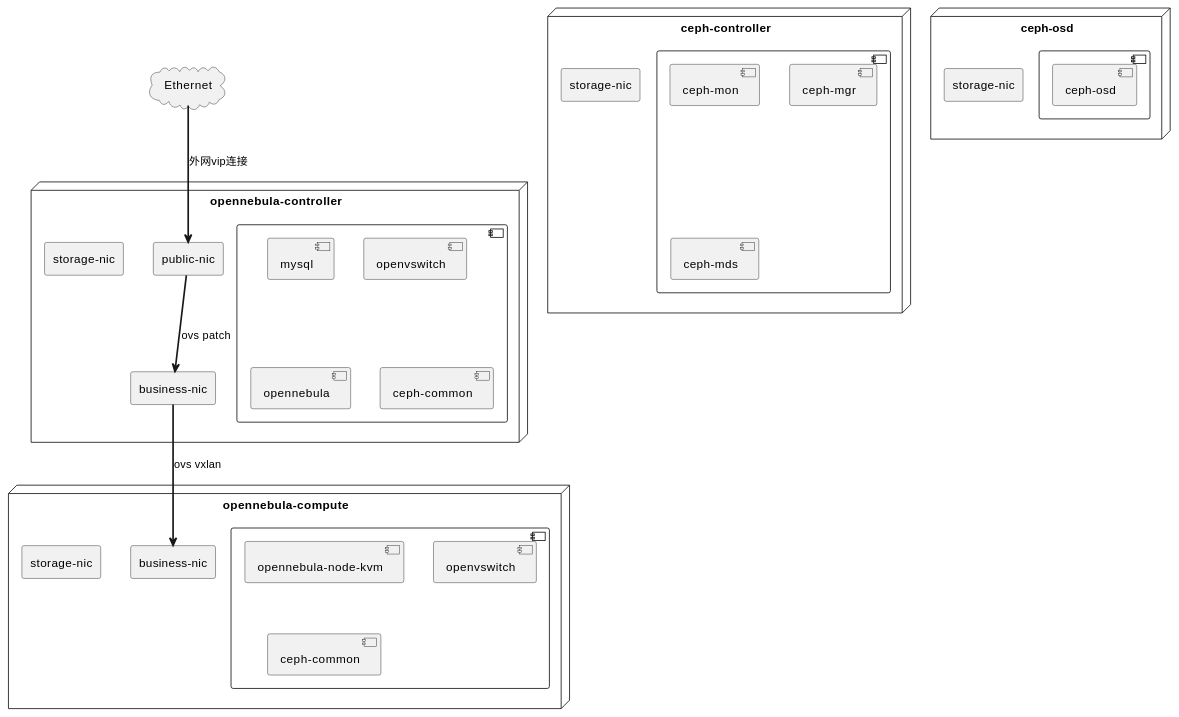
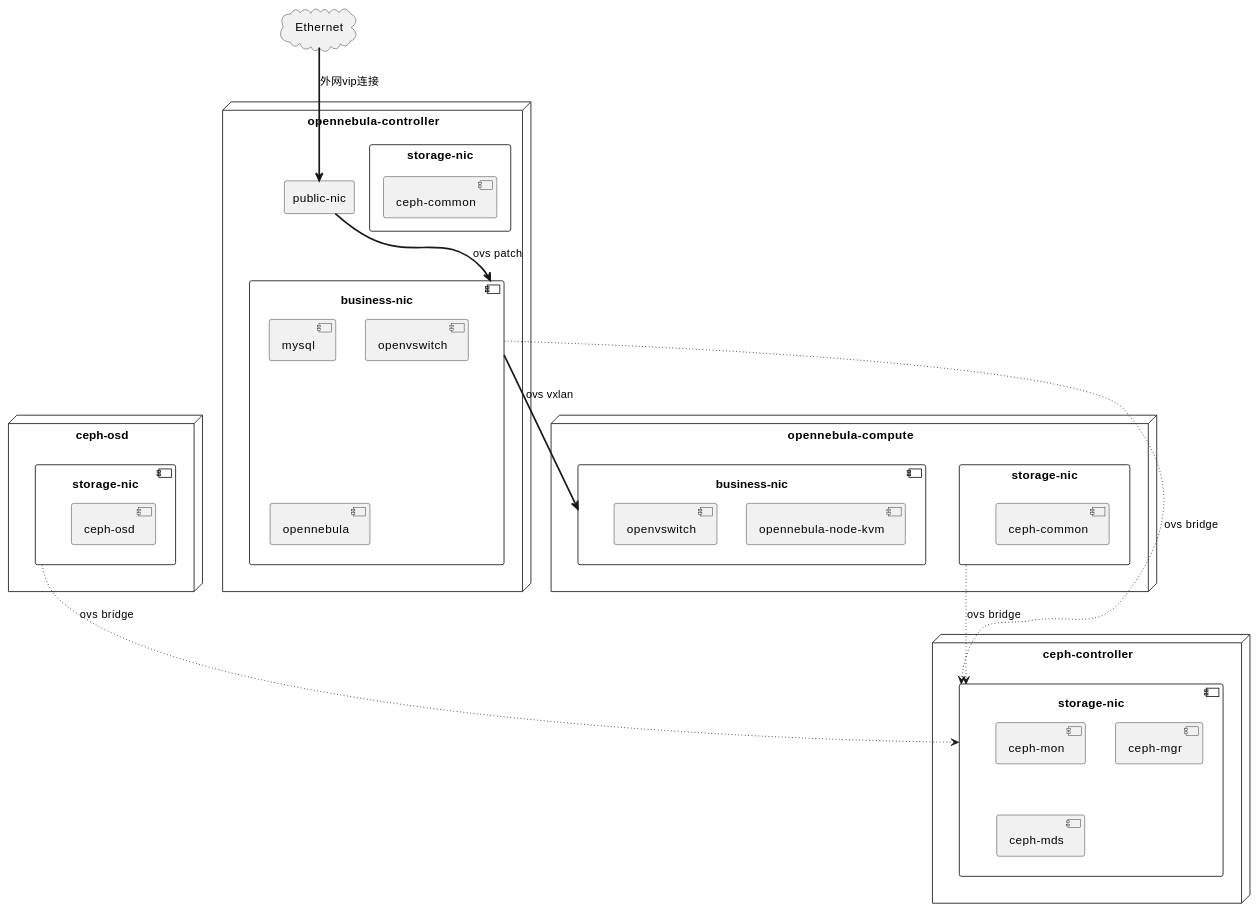
The diagram in iaas/cloud/opennebula/README.md (xiangfei/xiangfei.github.io), drawn with PlantUML before and after one commit. The commit also changed 14 other files, not shown here.

````diff
--- a/iaas/cloud/opennebula/README.md
+++ b/iaas/cloud/opennebula/README.md
@@ -9,68 +9,76 @@
 ```plantuml
 @startuml
 
 cloud Ethernet{
 
 }
 
 node "opennebula-controller" {
  rectangle NIC1  as "public-nic"
- rectangle NIC2  as "business-nic"
- rectangle NIC3  as "storage-nic"
 
- component  {
+ rectangle NIC3  as "storage-nic" {
+
+   component  controller_ceph as "ceph-common" 
+ }
+
+ component NIC2  as "business-nic" {
  	component  mysql 
  	component  openvswitch 
  	component  opennebula
- 	component  controller_ceph as "ceph-common"
  }
 }
 
 
 node "opennebula-compute" {
 
- rectangle NIC4  as "business-nic"
- rectangle NIC5  as "storage-nic"
+  
+ rectangle NIC5  as "storage-nic"  {
+   component "ceph-common"
+
+ }
  
- component {
+ component NIC4  as "business-nic" {
 
  	component "opennebula-node-kvm"
  	component  component_ovs as  "openvswitch"
- 	component "ceph-common"
  }
 
 }
 
 
 node "ceph-controller"  {
-   rectangle  NIC6 as "storage-nic" 
-   component {
+  
+   component NIC6 as "storage-nic"  {
 	 component "ceph-mon"
 	 component "ceph-mgr"   	
 	 component "ceph-mds"   	
 
    }
 
 }
 
 
 
 node "ceph-osd"  {
+  
+   component  NIC7 as "storage-nic"  {
 
-   rectangle  NIC7 as "storage-nic" 
-   component {
 	 component  ceph_osd_2  as "ceph-osd"   	
 
    }
 }
 
 Ethernet -[bold]-> NIC1 : 外网vip连接
 NIC1 -[bold]-> NIC2 : "ovs patch"
 NIC2 -[bold]-> NIC4 : "ovs vxlan"
 
 
+NIC7 -[dotted]-> NIC6 : "ovs bridge"
+NIC5 -[dotted]-> NIC6 : "ovs bridge"
+NIC2 -[dotted]-> NIC6 : "ovs bridge"
+
 
 
 @enduml
 
 ```
````
